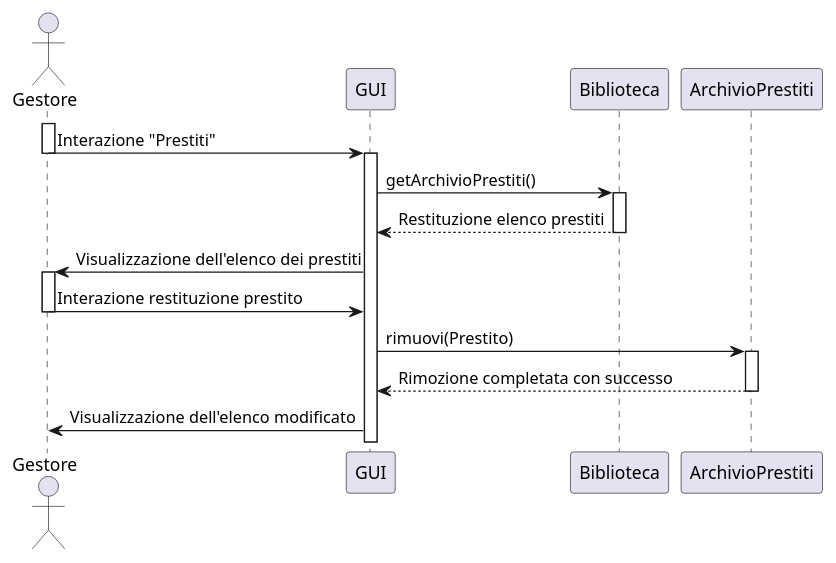
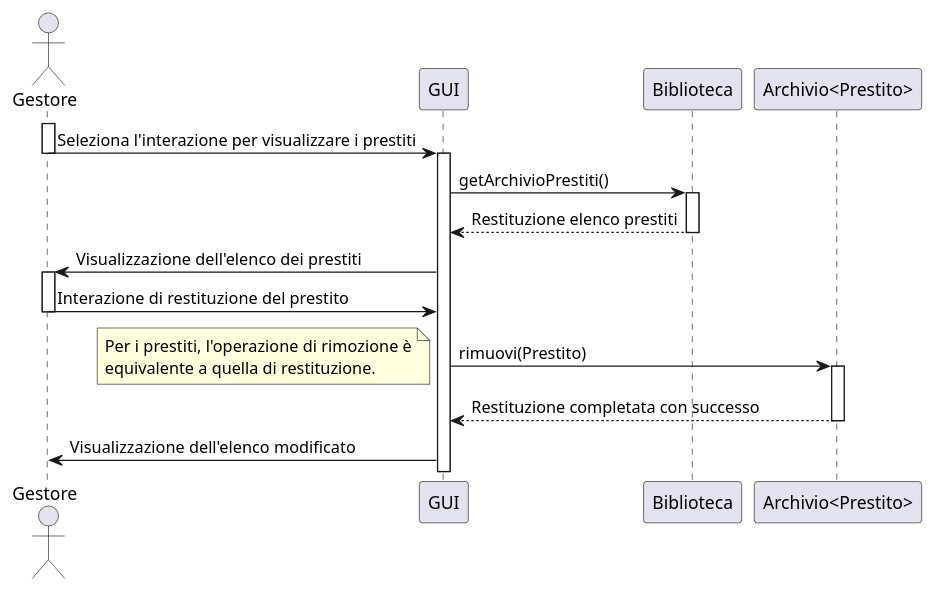
Before and after one commit to Meziu/easylibrary: the diagram in docs/uml/DiagrammiSequenza/UMLRimuoviPrestito.puml, drawn with PlantUML. The commit also changed 5 other files, not shown here.

Commit message:
Migliorie ai diagrammi di sequenza

```diff
--- a/docs/uml/DiagrammiSequenza/UMLRimuoviPrestito.puml
+++ b/docs/uml/DiagrammiSequenza/UMLRimuoviPrestito.puml
@@ -1,27 +1,31 @@
 @startuml
 actor Gestore as G
 participant "GUI" as UI
 participant "Biblioteca" as B
-participant "ArchivioPrestiti" as AP 
+participant "Archivio<Prestito>" as A
 
 activate G
-G -> UI : Interazione "Prestiti"
+G -> UI : Seleziona l'interazione per visualizzare i prestiti
 deactivate G
 activate UI
 
 UI -> B : getArchivioPrestiti()
 activate B
 B --> UI : Restituzione elenco prestiti
 deactivate B
 UI -> G : Visualizzazione dell'elenco dei prestiti
 activate G
 
 '-- Restituzione prestito --
-G -> UI : Interazione restituzione prestito
+G -> UI : Interazione di restituzione del prestito
 deactivate G
-UI -> AP : rimuovi(Prestito)
-activate AP
-AP --> UI : Rimozione completata con successo 
-deactivate AP 
-UI -> G : Visualizzazione dell'elenco modificato 
+UI -> A : rimuovi(Prestito)
+note left
+Per i prestiti, l'operazione di rimozione è
+equivalente a quella di restituzione.
+endnote
+activate A
+A --> UI : Restituzione completata con successo
+deactivate A
+UI -> G : Visualizzazione dell'elenco modificato
 @enduml
```
